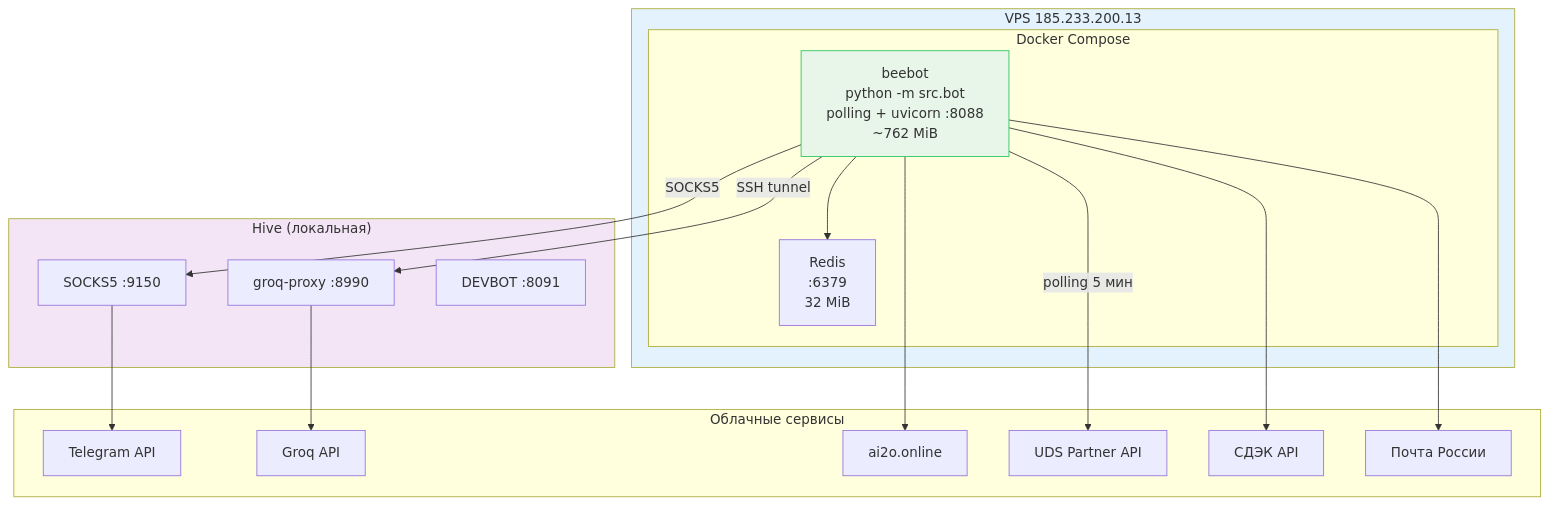
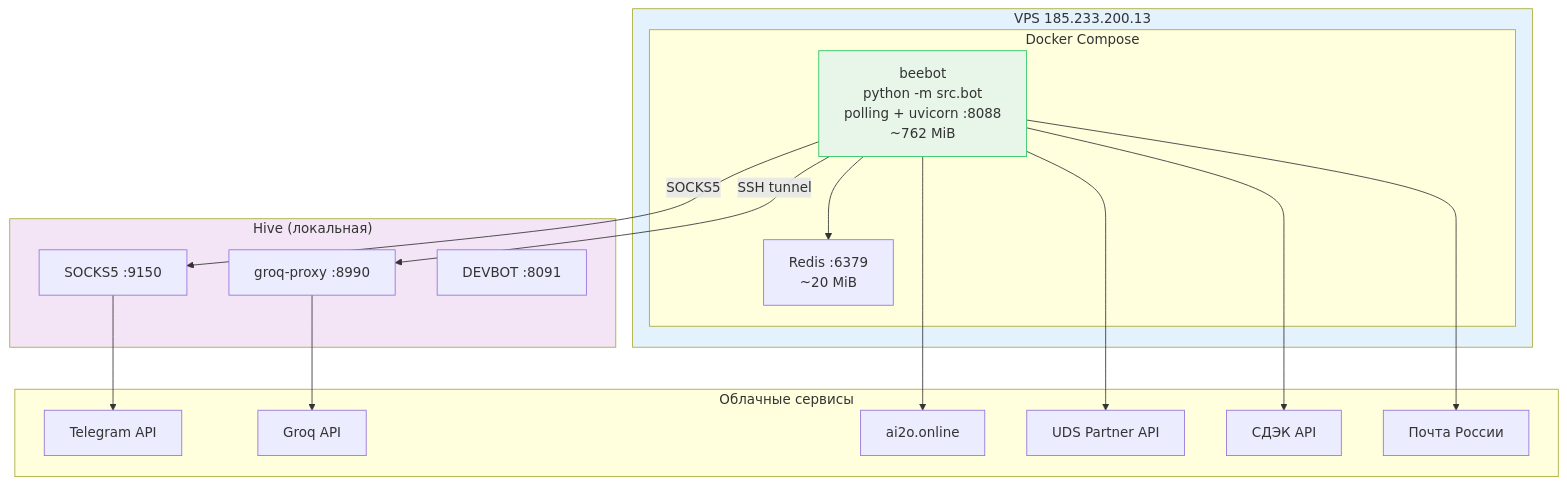
Diagram 11 of 15 in docs/architecture.md (unidel2035/BEEBOT), drawn with Mermaid before and after one commit. The commit also changed other lines of this file, not shown here.

First line of the commit message:
docs: переписать architecture.md под unified process

````diff
--- a/docs/architecture.md
+++ b/docs/architecture.md
@@ -450,35 +455,34 @@
 ```mermaid
 graph TB
     subgraph VPS["VPS 185.233.200.13"]
         subgraph DOCKER["Docker Compose"]
             BOT_C["beebot<br/>python -m src.bot<br/>polling + uvicorn :8088<br/>~762 MiB"]
-            REDIS_C["Redis<br/>:6379<br/>32 MiB"]
+            REDIS_C["Redis :6379<br/>~20 MiB"]
         end
     end
 
     subgraph HIVE["Hive (локальная)"]
         GROQ_P["groq-proxy :8990"]
         SOCKS["SOCKS5 :9150"]
         DEVBOT_C["DEVBOT :8091"]
     end
 
     subgraph CLOUD["Облачные сервисы"]
         TG_API["Telegram API"]
         GROQ_API["Groq API"]
         CRM_V2_C["ai2o.online"]
         UDS_C["UDS Partner API"]
         CDEK["СДЭК API"]
         POCHTA["Почта России"]
     end
 
     BOT_C -->|"SSH tunnel"| GROQ_P --> GROQ_API
     BOT_C -->|"SOCKS5"| SOCKS --> TG_API
     BOT_C --> REDIS_C
     BOT_C --> CRM_V2_C
-    BOT_C -->|"polling 5 мин"| UDS_C
-    BOT_C --> CDEK & POCHTA
+    BOT_C --> UDS_C & CDEK & POCHTA
 
     style VPS fill:#e3f2fd
     style HIVE fill:#f3e5f5
     style BOT_C fill:#e8f5e9,stroke:#22c55e
 ```
````
